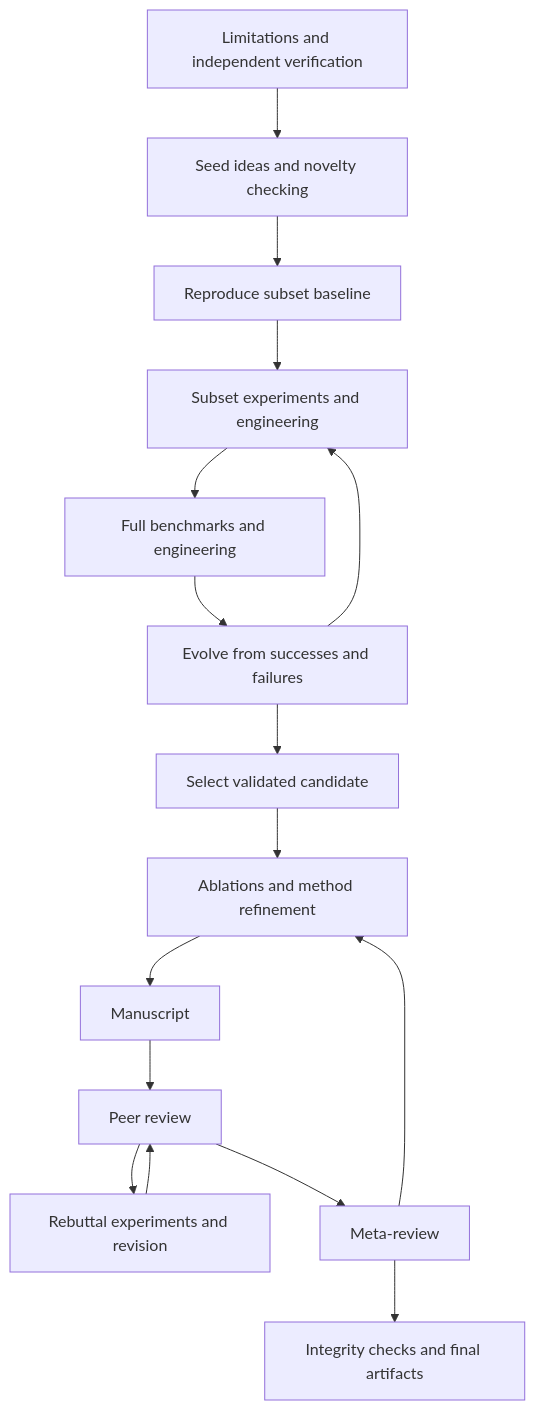
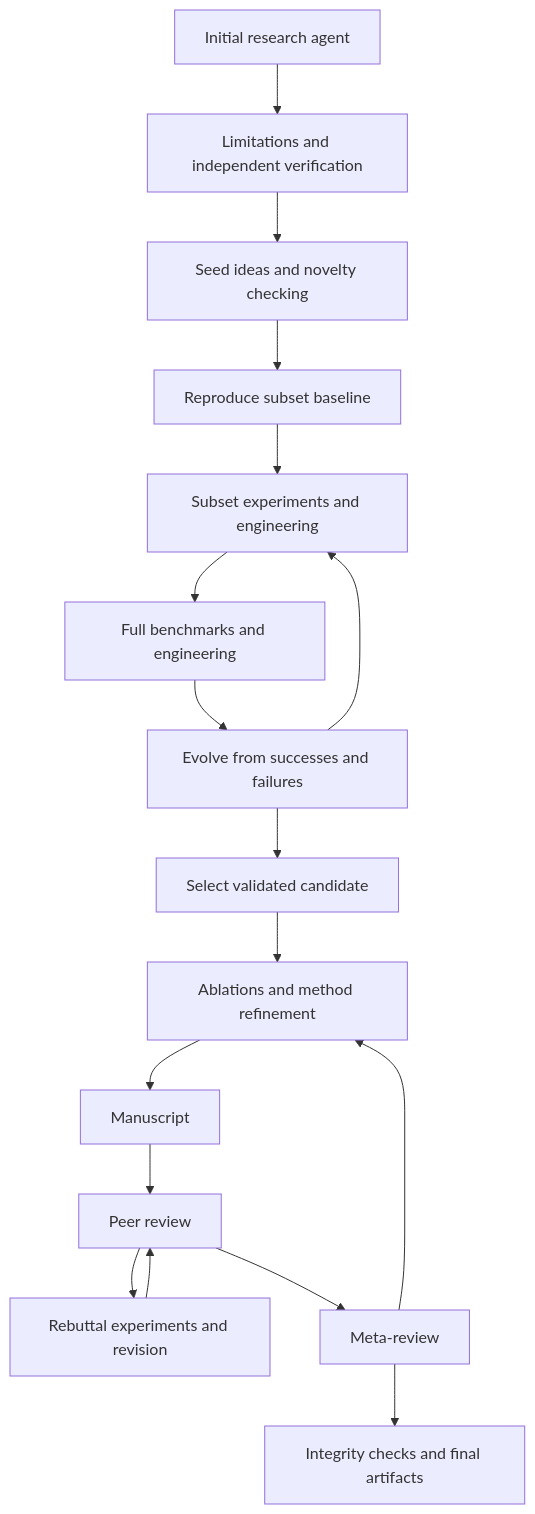
The diagram in README.md (tadteo/Metis), drawn with Mermaid before and after one commit. The commit also changed other lines of this file and 6 other files, not shown here.

````diff
--- a/README.md
+++ b/README.md
@@ -85,18 +88,19 @@
 ```mermaid
 flowchart TD
-  L[Limitations and independent verification] --> I[Seed ideas and novelty checking]
+  Q[Initial research agent] --> L[Limitations and independent verification]
+  L --> I[Seed ideas and novelty checking]
   I --> B[Reproduce subset baseline]
   B --> S[Subset experiments and engineering]
   S --> F[Full benchmarks and engineering]
   F --> E[Evolve from successes and failures]
   E --> S
   E --> C[Select validated candidate]
   C --> A[Ablations and method refinement]
   A --> D[Manuscript]
   D --> P[Peer review]
   P --> R[Rebuttal experiments and revision]
   R --> P
   P --> M[Meta-review]
   M --> A
   M --> V[Integrity checks and final artifacts]
 ```
````
